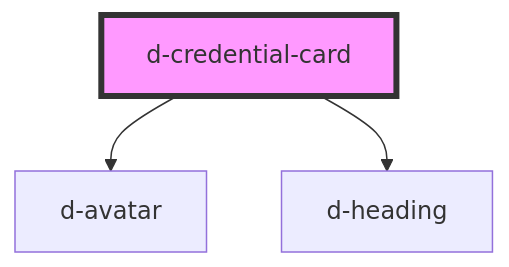
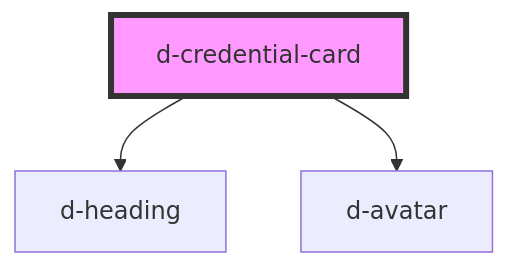
The diagram in src/components/credential-card/readme.md (ForkbombEu/didroom-components), drawn with Mermaid before and after one commit. The commit also changed other lines of this file and 3 other files, not shown here.

Commit message:
fix: update credential card style

````diff
--- a/src/components/credential-card/readme.md
+++ b/src/components/credential-card/readme.md
@@ -28,6 +30,6 @@
 ```mermaid
 graph TD;
+  d-credential-card --> d-heading
   d-credential-card --> d-avatar
-  d-credential-card --> d-heading
   style d-credential-card fill:#f9f,stroke:#333,stroke-width:4px
 ```
````
